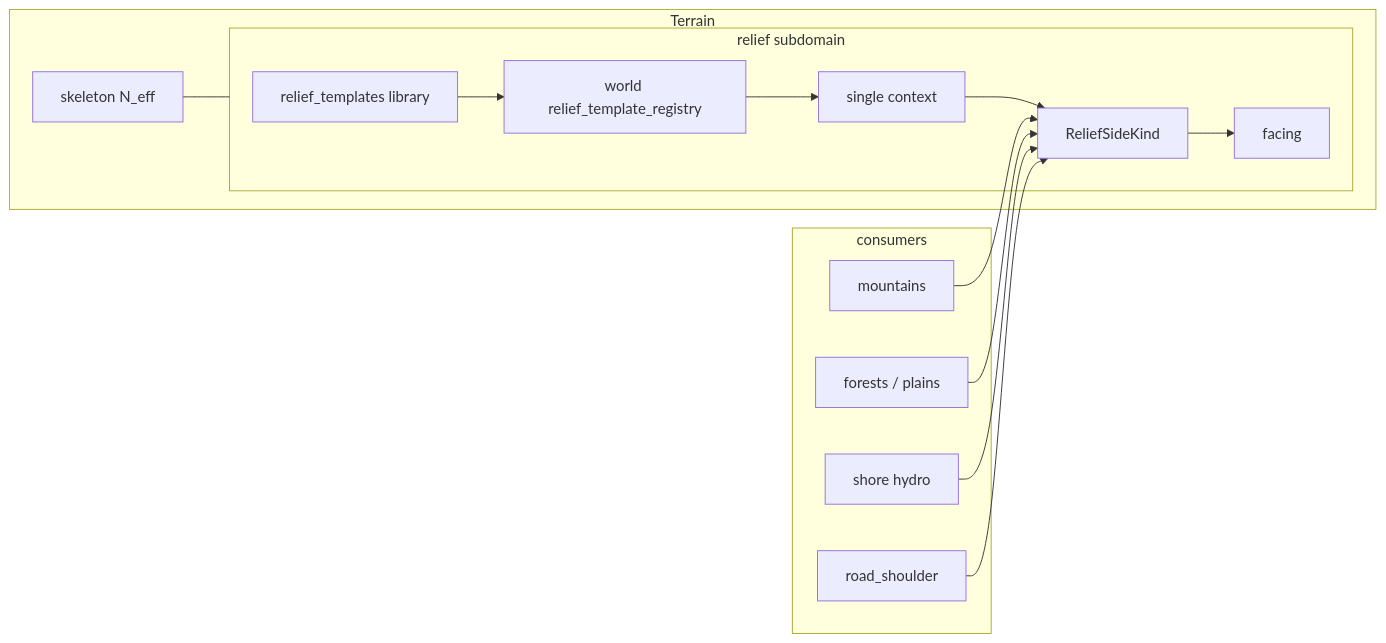
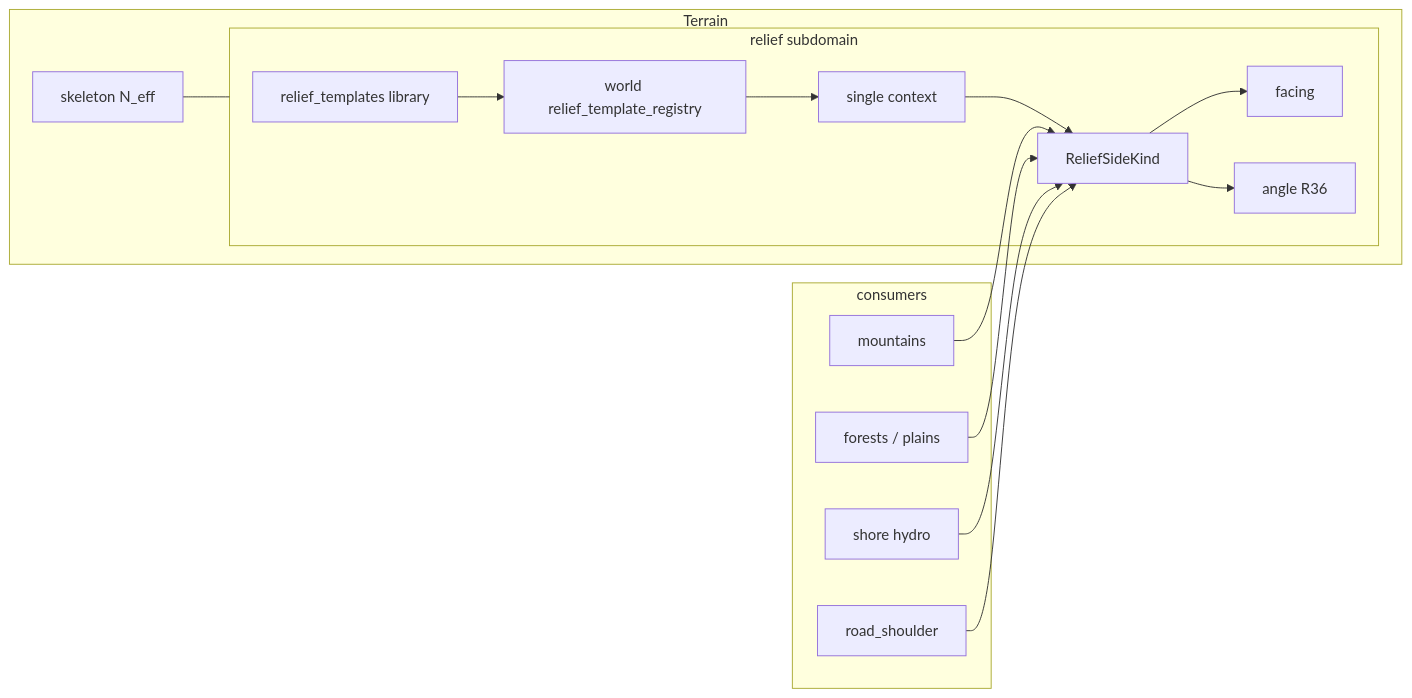
One commit to AndrewBondaren/AI-Project changed the diagram in docs/tz_terrain_relief.md. Above: the diagram before and after it, drawn with Mermaid. The commit also changed other lines of this file and 1 other file, not shown here.

````diff
--- a/docs/tz_terrain_relief.md
+++ b/docs/tz_terrain_relief.md
@@ -782,28 +1076,30 @@
 ```mermaid
 flowchart LR
   subgraph terrainUmbrella [Terrain]
     Col[skeleton N_eff]
     subgraph relief [relief subdomain]
       Lib[relief_templates library]
       Reg[world relief_template_registry]
       Ctx[single context]
       Kind[ReliefSideKind]
       Face[facing]
+      Ang[angle R36]
     end
   end
   subgraph consumers [consumers]
     Mtn[mountains]
     For[forests / plains]
     Hyd[shore hydro]
     Rd[road_shoulder]
   end
   Lib --> Reg
   Reg --> Ctx
   Ctx --> Kind
   Kind --> Face
+  Kind --> Ang
   Col --- relief
   Mtn --> Kind
   For --> Kind
   Hyd --> Kind
   Rd --> Kind
 ```
````
